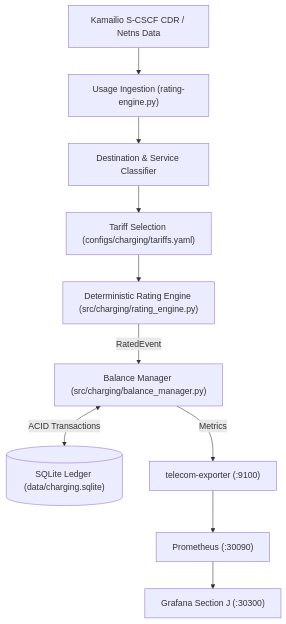
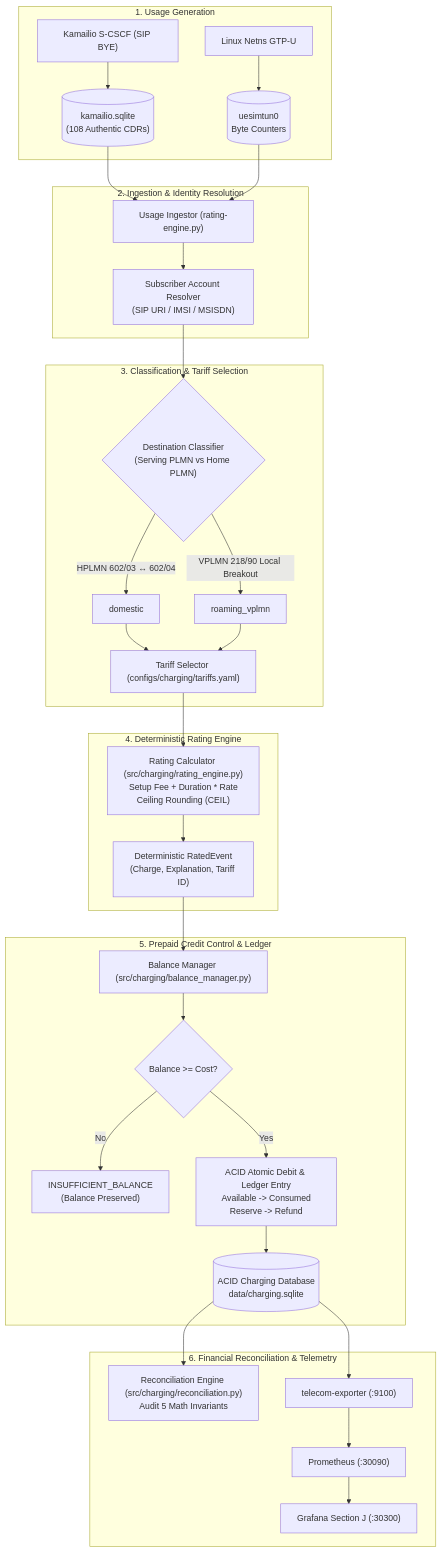
Before and after one commit to khattabpi/Open-Telecom-Lab: the fourth of 6 diagrams in README.md, drawn with Mermaid. The commit also changed other lines of this file and 4 other files, not shown here.

````diff
--- a/README.md
+++ b/README.md
@@ -492,12 +496,41 @@
 ```mermaid
 flowchart TD
-    CDR["Kamailio S-CSCF CDR / Netns Data"] --> INGEST["Usage Ingestion (rating-engine.py)"]
-    INGEST --> CLASS["Destination & Service Classifier"]
-    CLASS --> TARIFF["Tariff Selection (configs/charging/tariffs.yaml)"]
-    TARIFF --> RATE["Deterministic Rating Engine (src/charging/rating_engine.py)"]
-    RATE -->|RatedEvent| BAL["Balance Manager (src/charging/balance_manager.py)"]
-    BAL <-->|ACID Transactions| DB[("SQLite Ledger (data/charging.sqlite)")]
-    BAL -->|Metrics| EXP["telecom-exporter (:9100)"]
-    EXP --> PROM["Prometheus (:30090)"]
-    PROM --> GRAF["Grafana Section J (:30300)"]
+    subgraph S1["1. Usage Generation"]
+        S_SIP["Kamailio S-CSCF (SIP BYE)"] --> S_CDR[("kamailio.sqlite<br/>(108 Authentic CDRs)")]
+        S_GTP["Linux Netns GTP-U"] --> S_DATA[("uesimtun0<br/>Byte Counters")]
+    end
+
+    subgraph S2["2. Ingestion & Identity Resolution"]
+        S_CDR --> P_ING["Usage Ingestor (rating-engine.py)"]
+        S_DATA --> P_ING
+        P_ING --> P_ID["Subscriber Account Resolver<br/>(SIP URI / IMSI / MSISDN)"]
+    end
+
+    subgraph S3["3. Classification & Tariff Selection"]
+        P_ID --> P_DEST{"Destination Classifier<br/>(Serving PLMN vs Home PLMN)"}
+        P_DEST -->|HPLMN 602/03 ↔ 602/04| C_DOM["domestic"]
+        P_DEST -->|VPLMN 218/90 Local Breakout| C_ROAM["roaming_vplmn"]
+        C_DOM --> P_TAR["Tariff Selector (configs/charging/tariffs.yaml)"]
+        C_ROAM --> P_TAR
+    end
+
+    subgraph S4["4. Deterministic Rating Engine"]
+        P_TAR --> R_CALC["Rating Calculator (src/charging/rating_engine.py)<br/>Setup Fee + Duration * Rate<br/>Ceiling Rounding (CEIL)"]
+        R_CALC --> R_EVENT["Deterministic RatedEvent<br/>(Charge, Explanation, Tariff ID)"]
+    end
+
+    subgraph S5["5. Prepaid Credit Control & Ledger"]
+        R_EVENT --> B_MGR["Balance Manager (src/charging/balance_manager.py)"]
+        B_MGR --> B_CHECK{"Balance >= Cost?"}
+        B_CHECK -->|No| B_REJ["INSUFFICIENT_BALANCE<br/>(Balance Preserved)"]
+        B_CHECK -->|Yes| B_COMMIT["ACID Atomic Debit & Ledger Entry<br/>Available -> Consumed<br/>Reserve -> Refund"]
+        B_COMMIT --> CHG_DB[("ACID Charging Database<br/>data/charging.sqlite")]
+    end
+
+    subgraph S6["6. Financial Reconciliation & Telemetry"]
+        CHG_DB --> REC["Reconciliation Engine (src/charging/reconciliation.py)<br/>Audit 5 Math Invariants"]
+        CHG_DB --> EXP["telecom-exporter (:9100)"]
+        EXP --> PROM["Prometheus (:30090)"]
+        PROM --> GRAF["Grafana Section J (:30300)"]
+    end
 ```
````
